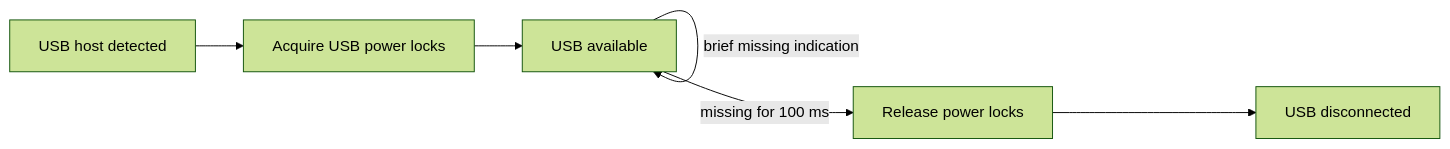
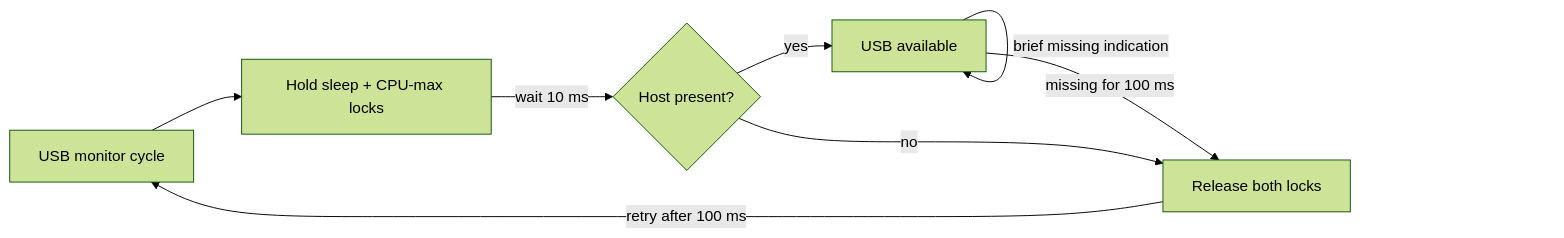
The fourth of 4 diagrams in fw/esp32/docs/firmware_architecture.md (Sergio5714/wulpus-pro), drawn with Mermaid (forest theme) before and after one commit. The commit also changed other lines of this file, not shown here.

Commit message:
docs fw esp32: clarify firmware architecture and thread communication

````diff
--- a/fw/esp32/docs/firmware_architecture.md
+++ b/fw/esp32/docs/firmware_architecture.md
@@ -213,8 +231,10 @@
 ```mermaid
 flowchart LR
-    DETECT[USB host detected] --> LOCK[Acquire USB power locks]
-    LOCK --> ACTIVE[USB available]
+    POLL[USB monitor cycle] --> LOCK[Hold sleep + CPU-max locks]
+    LOCK -->|wait 10 ms| CHECK{Host present?}
+    CHECK -->|yes| ACTIVE[USB available]
+    CHECK -->|no| RELEASE[Release both locks]
     ACTIVE -->|brief missing indication| ACTIVE
-    ACTIVE -->|missing for 100 ms| RELEASE[Release power locks]
-    RELEASE --> DISCONNECTED[USB disconnected]
+    ACTIVE -->|missing for 100 ms| RELEASE[Release both locks]
+    RELEASE -->|retry after 100 ms| POLL
 ```
````
